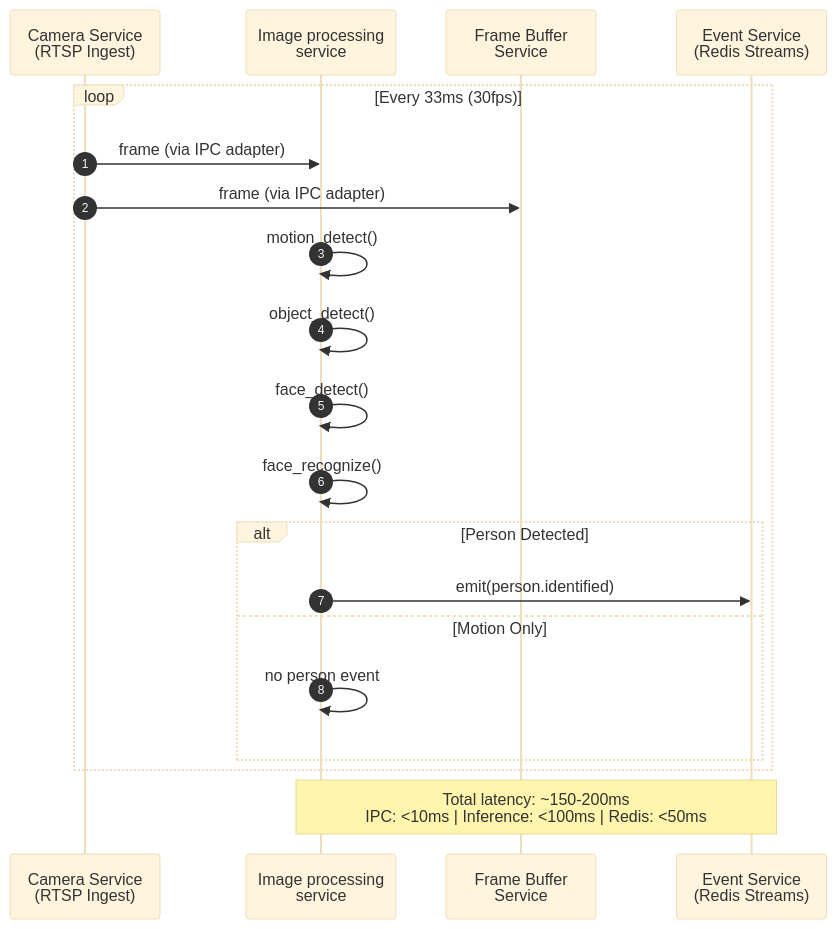
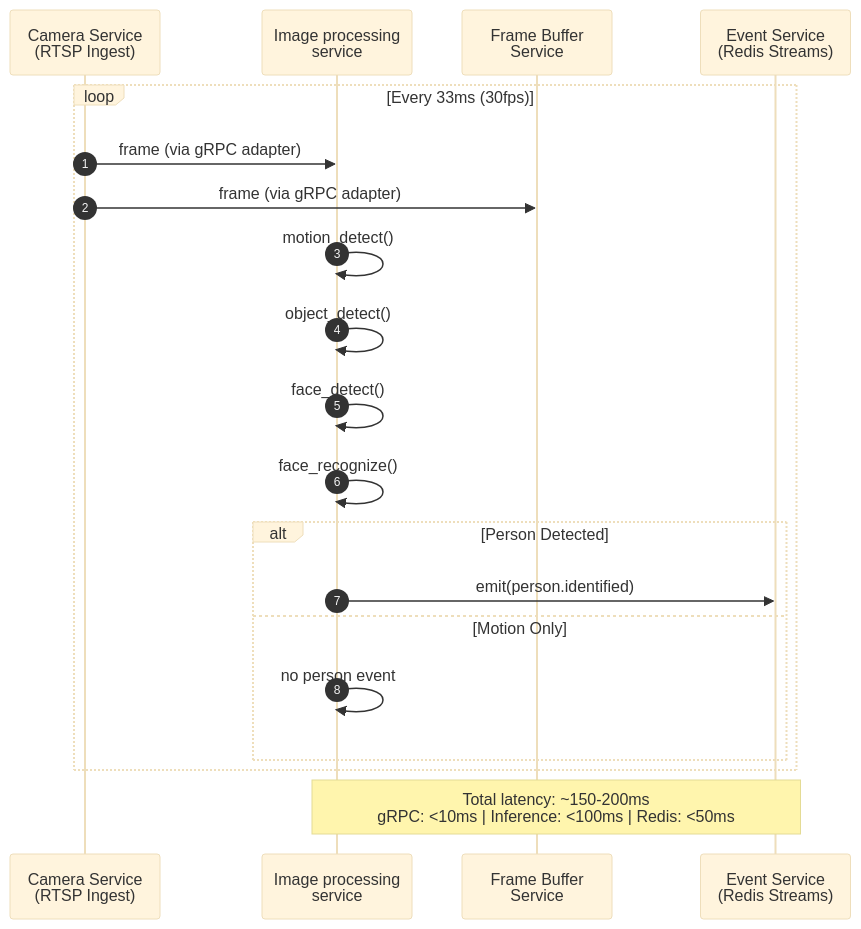
The second of 4 diagrams in doc/system.md (talifruman/camera-recognition), drawn with Mermaid (base theme) before and after one commit. The commit also changed other lines of this file and 3 other files, not shown here.

Commit message:
Refactor: clarify Frame Adapter and Frame Transformation Layer architecture, update motion detection and IPS docs for new data flow and module separation

````diff
--- a/doc/system.md
+++ b/doc/system.md
@@ -195,26 +195,26 @@
 ```mermaid
 sequenceDiagram
 	autonumber
 	participant CameraService as Camera Service<br/>(RTSP Ingest)
 	participant UVService as Image processing<br/>service
 	participant FrameBuffer as Frame Buffer<br/>Service
 	participant EventService as Event Service<br/>(Redis Streams)
 
 	loop Every 33ms (30fps)
-		CameraService->>UVService: frame (via IPC adapter)
-		CameraService->>FrameBuffer: frame (via IPC adapter)
+		CameraService->>UVService: frame (via gRPC adapter)
+		CameraService->>FrameBuffer: frame (via gRPC adapter)
 		
 		UVService->>UVService: motion_detect()
 		UVService->>UVService: object_detect()
 		UVService->>UVService: face_detect()
 		UVService->>UVService: face_recognize()
 		
 		alt Person Detected
 			UVService->>EventService: emit(person.identified)
 		else Motion Only
 			UVService->>UVService: no person event
 		end
 	end
 
-	Note over UVService,EventService: Total latency: ~150-200ms<br/>IPC: <10ms | Inference: <100ms | Redis: <50ms
+	Note over UVService,EventService: Total latency: ~150-200ms<br/>gRPC: <10ms | Inference: <100ms | Redis: <50ms
 ```
````
